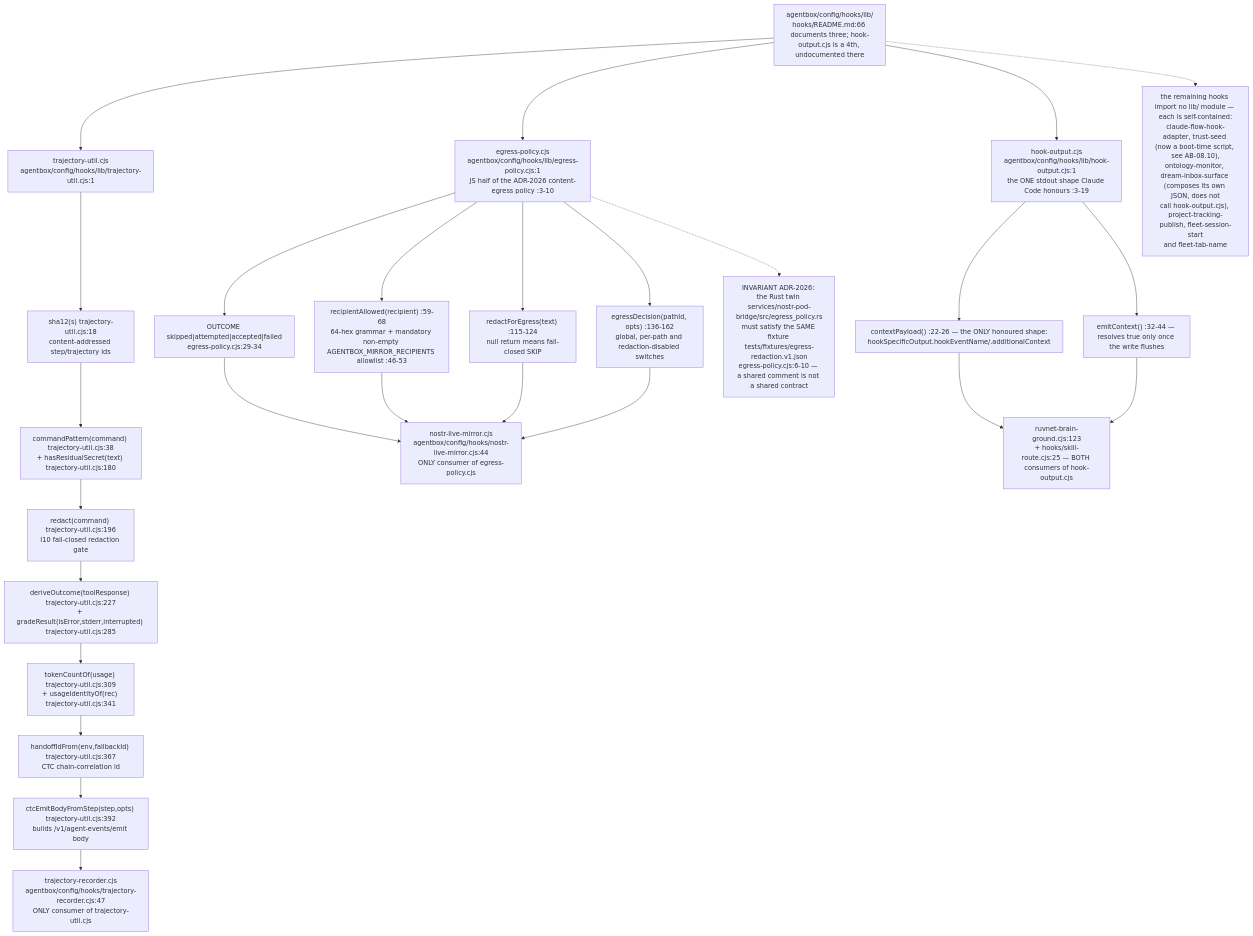
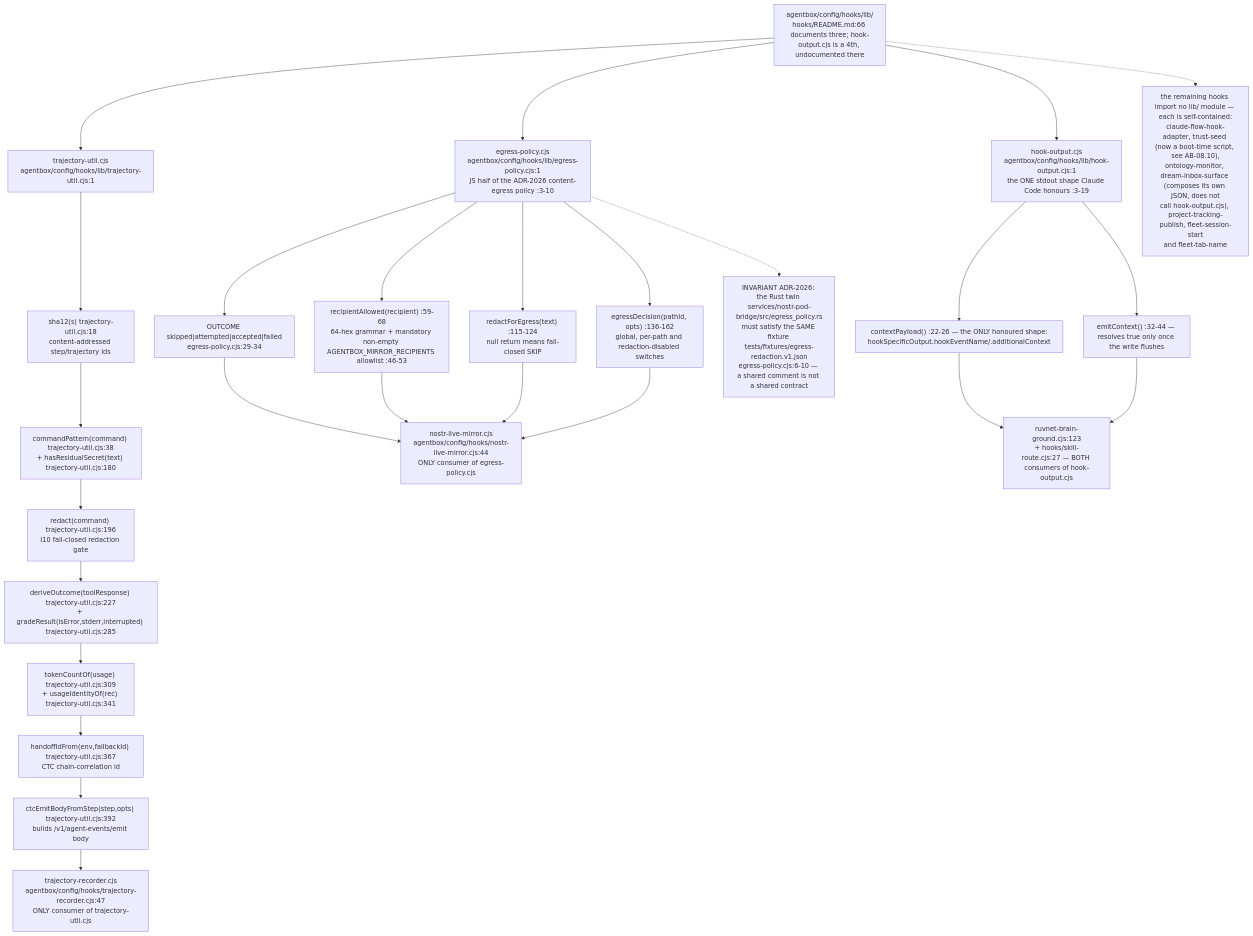
Before and after one commit to DreamLab-AI/VisionFlow: diagram 11 of 12 in docs/diagrams/agentbox/08-hooks-pipeline.md, drawn with Mermaid. The commit also changed other lines of this file and 94 other files, not shown here.

First line of the commit message:
docs(diagrams): re-verify 130 topics against 2 October HEADs

````diff
--- a/docs/diagrams/agentbox/08-hooks-pipeline.md
+++ b/docs/diagrams/agentbox/08-hooks-pipeline.md
@@ -467,36 +468,36 @@
 ```mermaid
 flowchart TD
     LIBDIR["agentbox/config/hooks/lib/<br/>hooks/README.md:66 documents three; hook-output.cjs is a 4th, undocumented there"]
     UT["trajectory-util.cjs<br/>agentbox/config/hooks/lib/trajectory-util.cjs:1"]
     EG["egress-policy.cjs<br/>agentbox/config/hooks/lib/egress-policy.cjs:1<br/>JS half of the ADR-2026 content-egress policy :3-10"]
     HO["hook-output.cjs<br/>agentbox/config/hooks/lib/hook-output.cjs:1<br/>the ONE stdout shape Claude Code honours :3-19"]
     LIBDIR --> UT
     LIBDIR --> EG
     LIBDIR --> HO
     F1["sha12#40;s#41; trajectory-util.cjs:18<br/>content-addressed step/trajectory ids"]
     F2["commandPattern#40;command#41; trajectory-util.cjs:38<br/>+ hasResidualSecret#40;text#41; trajectory-util.cjs:180"]
     F3["redact#40;command#41; trajectory-util.cjs:196<br/>I10 fail-closed redaction gate"]
     F4["deriveOutcome#40;toolResponse#41; trajectory-util.cjs:227<br/>+ gradeResult#40;isError,stderr,interrupted#41; trajectory-util.cjs:285"]
     F5["tokenCountOf#40;usage#41; trajectory-util.cjs:309<br/>+ usageIdentityOf#40;rec#41; trajectory-util.cjs:341"]
     F6["handoffIdFrom#40;env,fallbackId#41; trajectory-util.cjs:367<br/>CTC chain-correlation id"]
     F7["ctcEmitBodyFromStep#40;step,opts#41; trajectory-util.cjs:392<br/>builds /v1/agent-events/emit body"]
     UT --> F1 --> F2 --> F3 --> F4 --> F5 --> F6 --> F7
     G1["OUTCOME skipped#124;attempted#124;accepted#124;failed<br/>egress-policy.cjs:29-34"]
     G2["recipientAllowed#40;recipient#41; :59-68<br/>64-hex grammar #43; mandatory non-empty AGENTBOX_MIRROR_RECIPIENTS allowlist :46-53"]
     G3["redactForEgress#40;text#41; :115-124<br/>null return means fail-closed SKIP"]
     G4["egressDecision#40;pathId, opts#41; :136-162<br/>global, per-path and redaction-disabled switches"]
     EG --> G1 & G2 & G3 & G4
     H1["contextPayload#40;#41; :22-26 — the ONLY honoured shape:<br/>hookSpecificOutput.hookEventName/.additionalContext"]
     H2["emitContext#40;#41; :32-44 — resolves true only once the write flushes"]
     HO --> H1 & H2
     TR["trajectory-recorder.cjs<br/>agentbox/config/hooks/trajectory-recorder.cjs:47<br/>ONLY consumer of trajectory-util.cjs"]
     NM["nostr-live-mirror.cjs<br/>agentbox/config/hooks/nostr-live-mirror.cjs:44<br/>ONLY consumer of egress-policy.cjs"]
-    RBG["ruvnet-brain-ground.cjs:123<br/>+ hooks/skill-route.cjs:25 — BOTH consumers of hook-output.cjs"]
+    RBG["ruvnet-brain-ground.cjs:123<br/>+ hooks/skill-route.cjs:27 — BOTH consumers of hook-output.cjs"]
     F7 --> TR
     G1 & G2 & G3 & G4 --> NM
     H1 & H2 --> RBG
     PAIR["INVARIANT ADR-2026: the Rust twin services/nostr-pod-bridge/src/egress_policy.rs<br/>must satisfy the SAME fixture tests/fixtures/egress-redaction.v1.json<br/>egress-policy.cjs:6-10 — a shared comment is not a shared contract"]
     EG -.-> PAIR
     OTHER["the remaining hooks import no lib/ module — each is self-contained:<br/>claude-flow-hook-adapter, trust-seed #40;now a boot-time script, see AB-08.10#41;,<br/>ontology-monitor, dream-inbox-surface #40;composes its own JSON, does not<br/>call hook-output.cjs#41;, project-tracking-publish, fleet-session-start<br/>and fleet-tab-name"]
     LIBDIR -.-> OTHER
 ```
````
